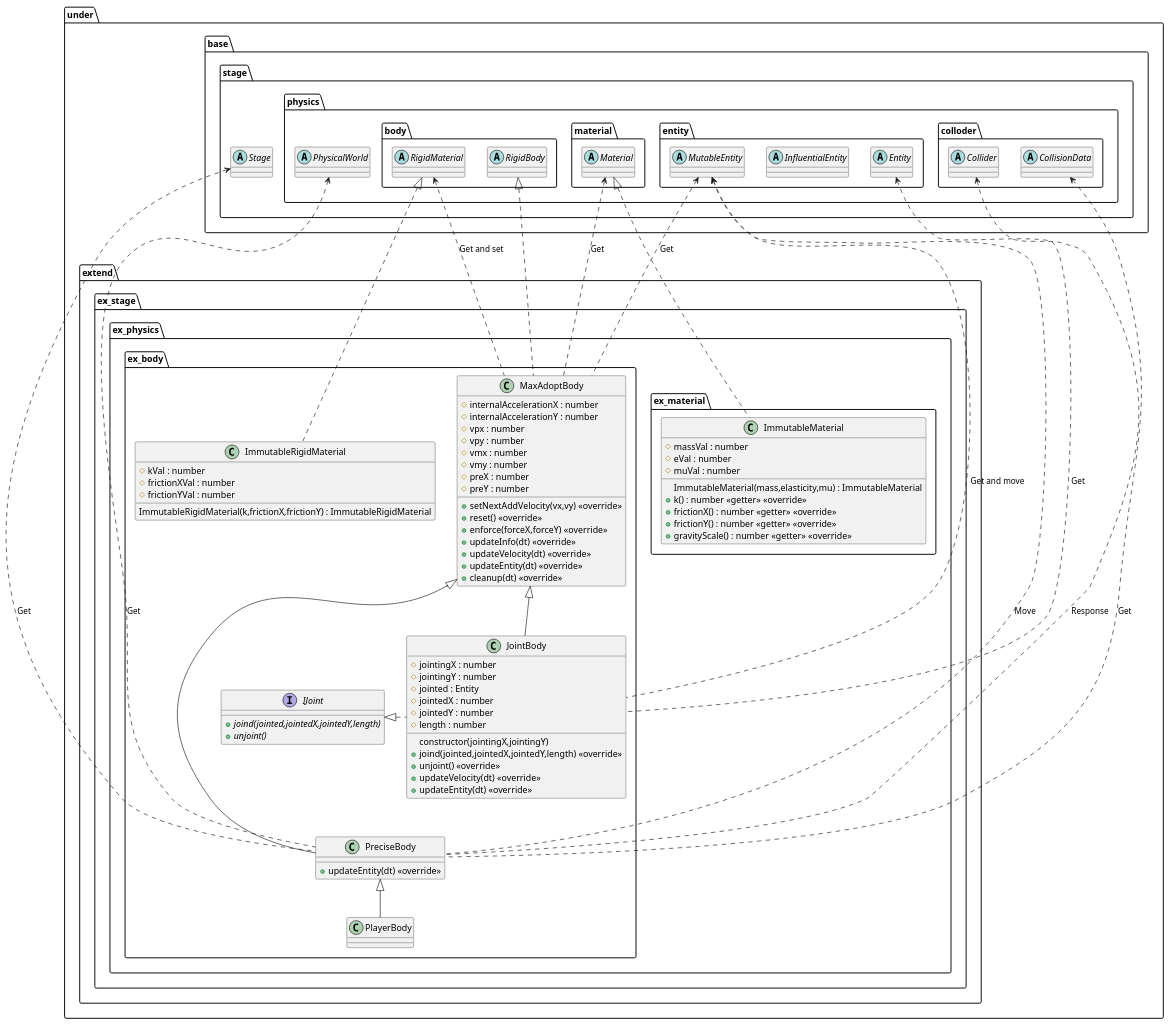
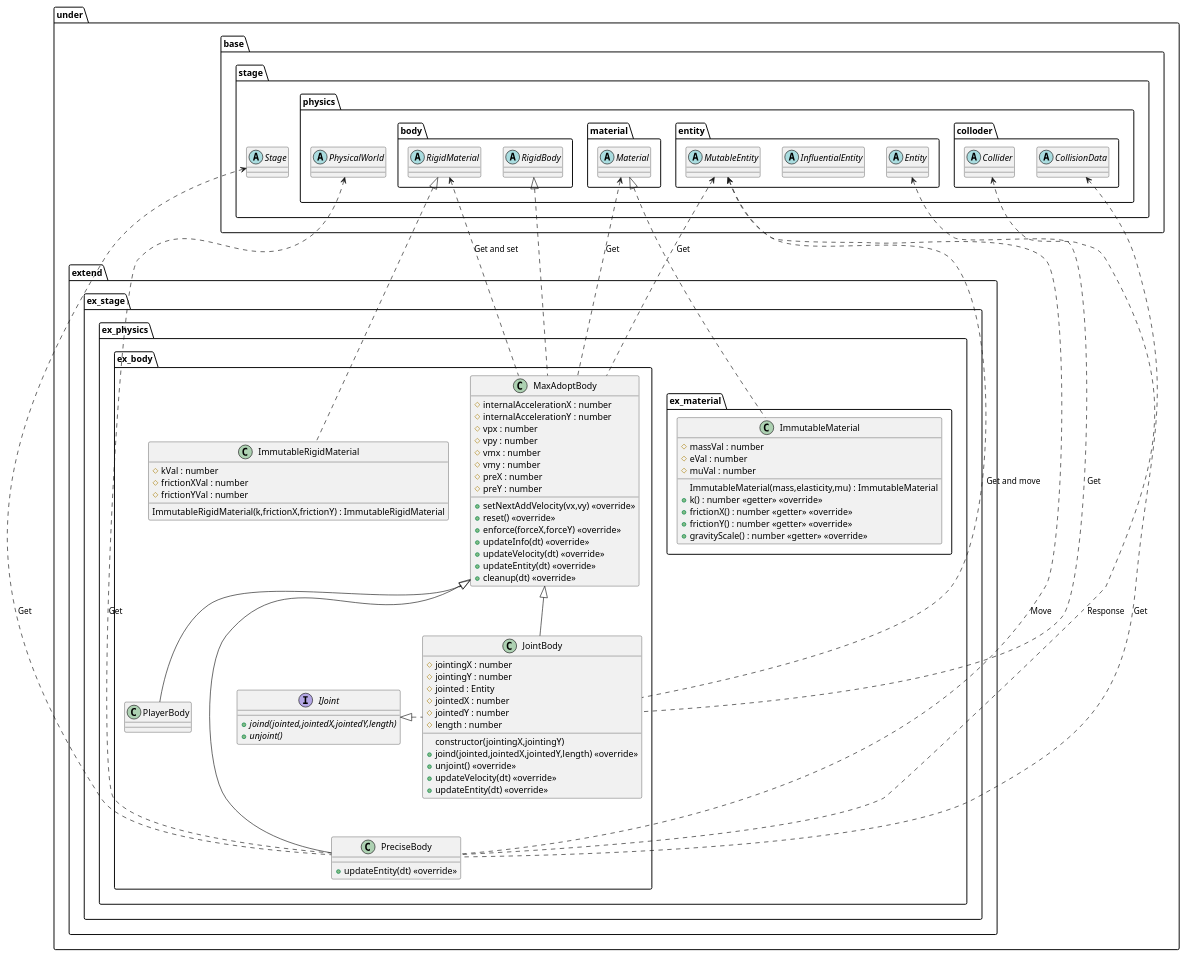
The diagram in uml/entity/physical/Extend.wsd (Expine/Under), drawn with PlantUML before and after one commit. The commit also changed 5 other files, not shown here.

Commit message:
Fix image event save and player body inheritance

```diff
--- a/uml/entity/physical/Extend.wsd
+++ b/uml/entity/physical/Extend.wsd
@@ -1,120 +1,120 @@
 @startuml PhysicalExtend
 
 package under {
     package extend {
         package ex_stage {
             package ex_physics {
                 package ex_body {
                     class MaxAdoptBody {
                         #internalAccelerationX : number
                         #internalAccelerationY : number
                         #vpx : number
                         #vpy : number
                         #vmx : number
                         #vmy : number
                         #preX : number
                         #preY : number
                         +setNextAddVelocity(vx,vy) <<override>>
                         +reset() <<override>>
                         +enforce(forceX,forceY) <<override>>
                         +updateInfo(dt) <<override>>
                         +updateVelocity(dt) <<override>>
                         +updateEntity(dt) <<override>>
                         +cleanup(dt) <<override>>
                     }
                     class PreciseBody {
                         +updateEntity(dt) <<override>>
                     }
                     class PlayerBody
                     interface IJoint {
                         {abstract} +joind(jointed,jointedX,jointedY,length)
                         {abstract} +unjoint()
                     }
                     class JointBody {
                         constructor(jointingX,jointingY)
                         #jointingX : number
                         #jointingY : number
                         #jointed : Entity
                         #jointedX : number
                         #jointedY : number
                         #length : number
                         +joind(jointed,jointedX,jointedY,length) <<override>>
                         +unjoint() <<override>>
                         +updateVelocity(dt) <<override>>
                         +updateEntity(dt) <<override>>
                     }
                     class ImmutableRigidMaterial {
                         ImmutableRigidMaterial(k,frictionX,frictionY) : ImmutableRigidMaterial
                         #kVal : number
                         #frictionXVal : number
                         #frictionYVal : number
                     }
                 }
 
                 package ex_material {
                     class ImmutableMaterial  {
                         ImmutableMaterial(mass,elasticity,mu) : ImmutableMaterial
                         #massVal : number
                         #eVal : number
                         #muVal : number
                         +k() : number <<getter>> <<override>>
                         +frictionX() : number <<getter>> <<override>>
                         +frictionY() : number <<getter>> <<override>>
                         +gravityScale() : number <<getter>> <<override>>
                     }
                 }
             }
         }
     }
 }
 
 package under {
     package base {
         package stage {
             abstract Stage
             package physics {
                 abstract PhysicalWorld
                 package entity {
                     abstract Entity
                     abstract InfluentialEntity
                     abstract MutableEntity
                 }
                 package colloder {
                     abstract Collider
                     abstract CollisionData
                 }
                 package body {
                     abstract RigidBody
                     abstract RigidMaterial
                 }
                 package material {
                     abstract Material
                 }
             }
         }
     }
 }
 
 MutableEntity <.. MaxAdoptBody : Get
 Material <.. MaxAdoptBody : Get
 RigidMaterial <.. MaxAdoptBody : Get and set
 
 MutableEntity <... PreciseBody : Move
 Stage <... PreciseBody : Get
 PhysicalWorld <... PreciseBody : Get
 CollisionData <... PreciseBody : Get
 Collider <... PreciseBody : Response
 
 MutableEntity <.. JointBody : Get and move
 Entity <.. JointBody : Get
 
 RigidBody <|.. MaxAdoptBody
 MaxAdoptBody <|--- PreciseBody
-PreciseBody <|-- PlayerBody
+MaxAdoptBody <|-- PlayerBody
 IJoint <|. JointBody
 MaxAdoptBody <|-- JointBody
 RigidMaterial <|.. ImmutableRigidMaterial
 
 Material <|.. ImmutableMaterial
 
 @enduml
```
